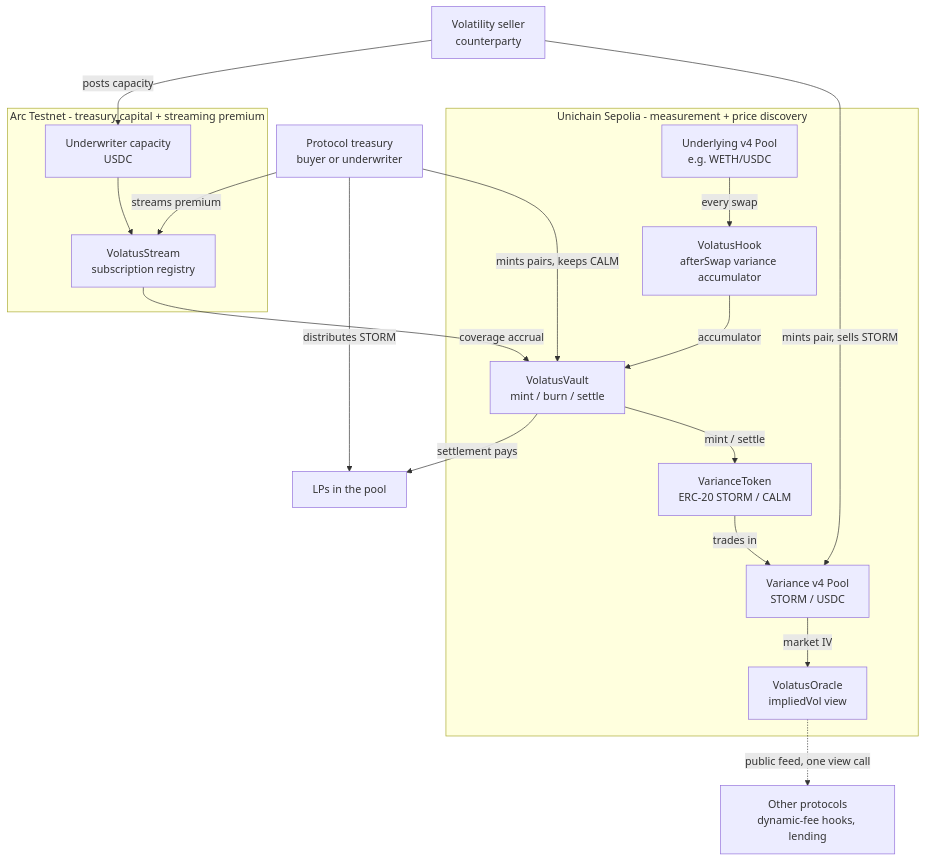
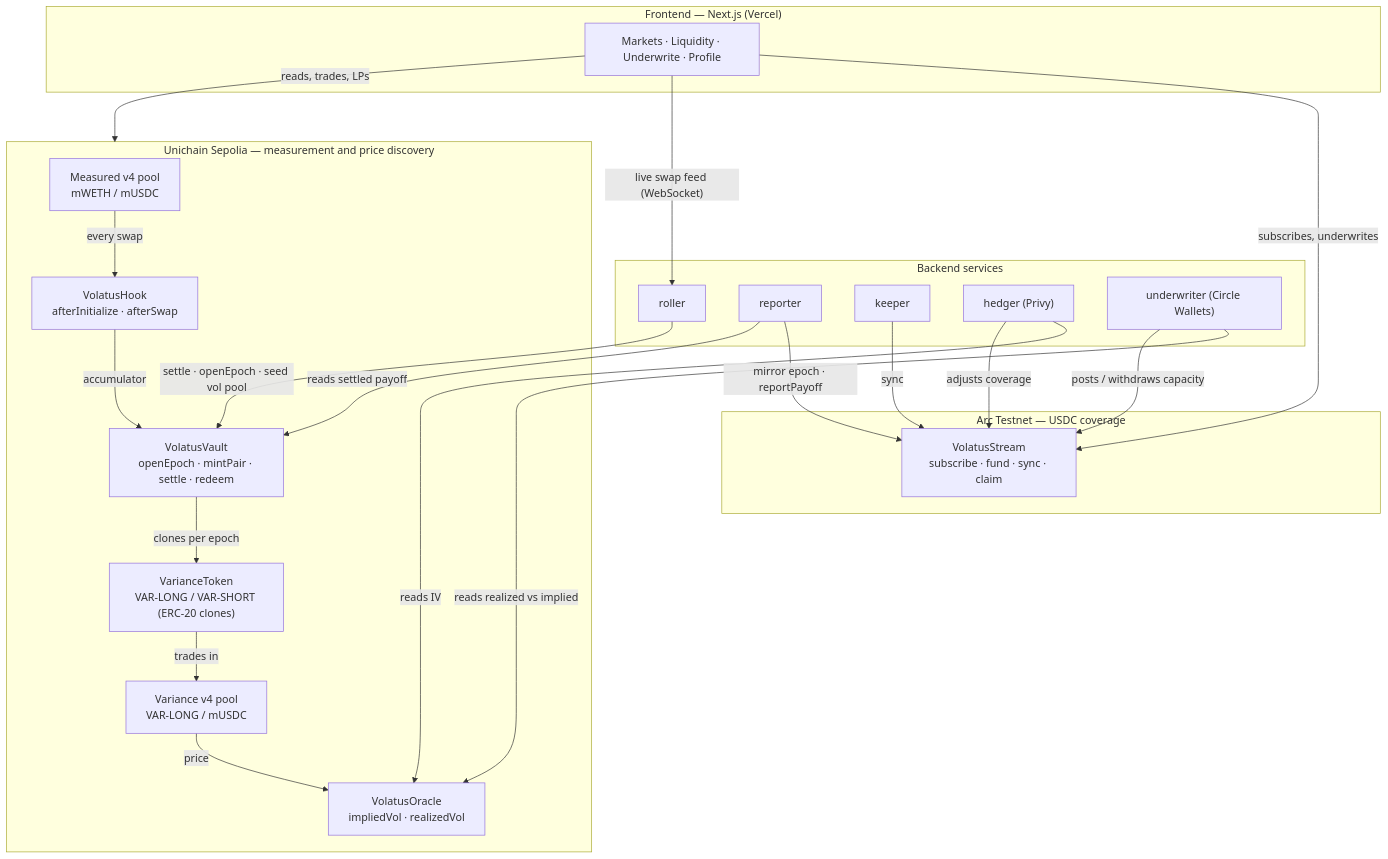
Before and after one commit to VolatusHQ/frontend: the first of 4 diagrams in README.md, drawn with Mermaid. The commit also changed other lines of this file and 1 other file, not shown here.

````diff
--- a/README.md
+++ b/README.md
@@ -306,38 +108,46 @@
 ```mermaid
-graph TB
-    subgraph Unichain["Unichain Sepolia - measurement + price discovery"]
-        POOL[Underlying v4 Pool<br/>e.g. WETH/USDC]
-        HOOK[VolatusHook<br/>afterSwap variance accumulator]
-        VAULT[VolatusVault<br/>mint / burn / settle]
-        VT[VarianceToken<br/>ERC-20 STORM / CALM]
-        VOLPOOL[Variance v4 Pool<br/>STORM / USDC]
-        ORACLE[VolatusOracle<br/>impliedVol view]
+flowchart TB
+    subgraph FE["Frontend — Next.js (Vercel)"]
+        UI["Markets · Liquidity · Underwrite · Profile"]
     end
 
-    subgraph Arc["Arc Testnet - treasury capital + streaming premium"]
-        STREAM[VolatusStream<br/>subscription registry]
-        CAP[Underwriter capacity<br/>USDC]
+    subgraph UNI["Unichain Sepolia — measurement and price discovery"]
+        POOL["Measured v4 pool<br/>mWETH / mUSDC"]
+        HOOK["VolatusHook<br/>afterInitialize · afterSwap"]
+        VAULT["VolatusVault<br/>openEpoch · mintPair · settle · redeem"]
+        TOK["VarianceToken<br/>VAR-LONG / VAR-SHORT (ERC-20 clones)"]
+        VOLPOOL["Variance v4 pool<br/>VAR-LONG / mUSDC"]
+        ORACLE["VolatusOracle<br/>impliedVol · realizedVol"]
     end
 
-    TREASURY[Protocol treasury<br/>buyer or underwriter]
-    SELLER[Volatility seller<br/>counterparty]
-    LPS[LPs in the pool]
-    EXT[Other protocols<br/>dynamic-fee hooks, lending]
+    subgraph ARC["Arc Testnet — USDC coverage"]
+        STREAM["VolatusStream<br/>subscribe · fund · sync · claim"]
+    end
 
-    POOL -->|every swap| HOOK
-    HOOK -->|accumulator| VAULT
-    VAULT -->|mint / settle| VT
-    VT -->|trades in| VOLPOOL
-    VOLPOOL -->|market IV| ORACLE
+    subgraph BE["Backend services"]
+        ROLLER["roller"]
+        REPORTER["reporter"]
+        KEEPER["keeper"]
+        HEDGER["hedger (Privy)"]
+        UW["underwriter (Circle Wallets)"]
+    end
 
-    TREASURY -->|streams premium| STREAM
-    TREASURY -->|mints pairs, keeps CALM| VAULT
-    TREASURY -->|distributes STORM| LPS
-    SELLER -->|mints pair, sells STORM| VOLPOOL
-    SELLER -->|posts capacity| CAP
-    CAP --> STREAM
-    STREAM -->|coverage accrual| VAULT
-    VAULT -->|settlement pays| LPS
+    POOL -->|"every swap"| HOOK
+    HOOK -->|"accumulator"| VAULT
+    VAULT -->|"clones per epoch"| TOK
+    TOK -->|"trades in"| VOLPOOL
+    VOLPOOL -->|"price"| ORACLE
 
-    ORACLE -.->|public feed, one view call| EXT
+    UI -->|"reads, trades, LPs"| UNI
+    UI -->|"subscribes, underwrites"| STREAM
+    UI -->|"live swap feed (WebSocket)"| ROLLER
+
+    ROLLER -->|"settle · openEpoch · seed vol pool"| VAULT
+    REPORTER -->|"mirror epoch · reportPayoff"| STREAM
+    REPORTER -->|"reads settled payoff"| VAULT
+    KEEPER -->|"sync"| STREAM
+    HEDGER -->|"reads IV"| ORACLE
+    HEDGER -->|"adjusts coverage"| STREAM
+    UW -->|"reads realized vs implied"| ORACLE
+    UW -->|"posts / withdraws capacity"| STREAM
 ```
````
